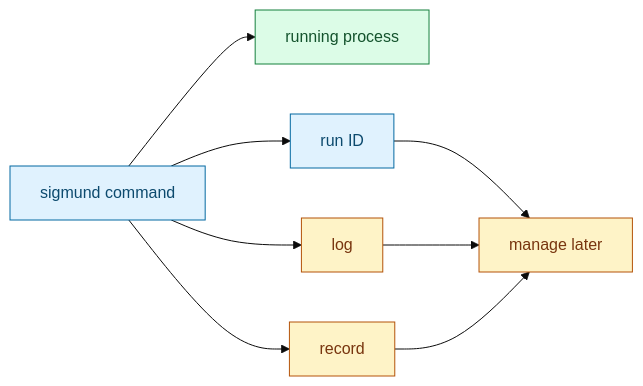
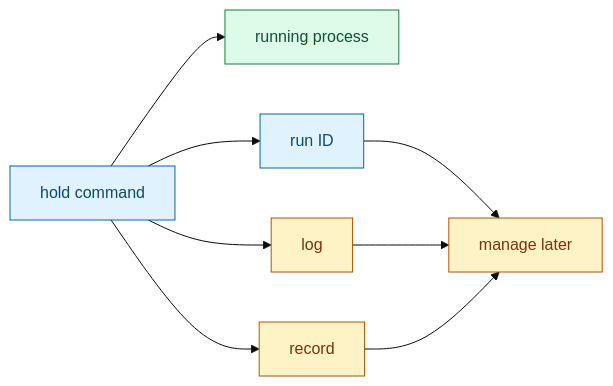
Before and after one commit to RchGrav/HoldOn: the first of 7 diagrams in docs/quickstart.md, drawn with Mermaid (base theme). The commit also changed other lines of this file and 91 other files, not shown here.

````diff
--- a/docs/quickstart.md
+++ b/docs/quickstart.md
@@ -23,17 +23,17 @@
 ```mermaid
 flowchart LR
-    Start["sigmund command"] --> Run["running process"]
+    Start["hold command"] --> Run["running process"]
     Start --> Id["run ID"]
     Start --> Log["log"]
     Start --> Record["record"]
     Id --> Later["manage later"]
     Log --> Later
     Record --> Later
 
     classDef action fill:#e0f2fe,stroke:#0369a1,color:#0c4a6e
     classDef run fill:#dcfce7,stroke:#15803d,color:#14532d
     classDef state fill:#fef3c7,stroke:#b45309,color:#78350f
     class Start,Id action
     class Run run
     class Log,Record,Later state
 ```
````
